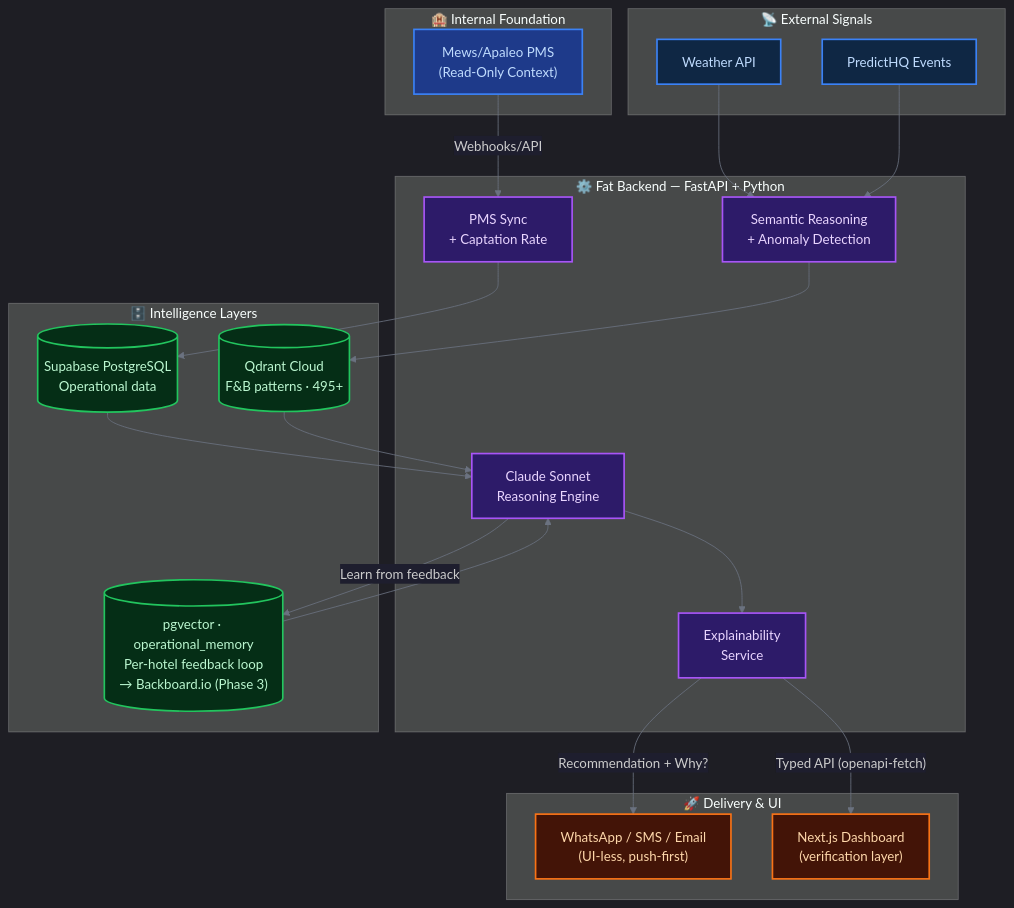
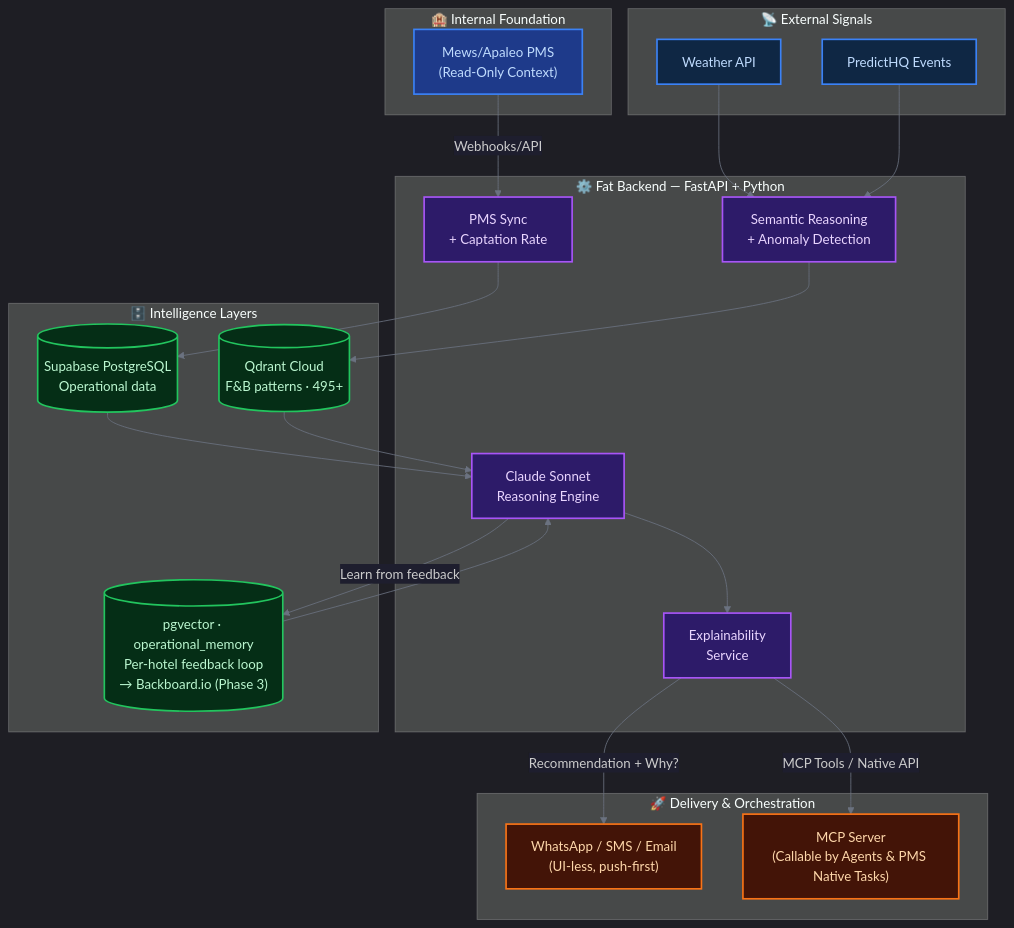
The diagram in README.md (IvandeMurard/aetherix-hospitality-ai), drawn with Mermaid before and after one commit.

````diff
--- a/README.md
+++ b/README.md
@@ -110,56 +110,56 @@
 ```mermaid
 %%{init: {'theme': 'dark', 'themeVariables': {'edgeLabelBackground': '#1e1e2e', 'lineColor': '#6b7280'}}}%%
 graph TD
     subgraph FOUNDATION["🏨 Internal Foundation"]
         PMS["Mews/Apaleo PMS\n(Read-Only Context)"]
     end
 
     subgraph EXT["📡 External Signals"]
         Weather["Weather API"]
         Events["PredictHQ Events"]
     end
 
     subgraph BACK["⚙️ Fat Backend — FastAPI + Python"]
         Sync["PMS Sync\n+ Captation Rate"]
         Semantic["Semantic Reasoning\n+ Anomaly Detection"]
         RAG["Claude Sonnet\nReasoning Engine"]
         Explain["Explainability\nService"]
     end
 
     subgraph DATA["🗄️ Intelligence Layers"]
         DB[("Supabase PostgreSQL\nOperational data")]
         Vector[("Qdrant Cloud\nF&B patterns · 495+")]
         Memory[("pgvector · operational_memory\nPer-hotel feedback loop\n→ Backboard.io (Phase 3)")]
     end
 
-    subgraph DELIVERY["🚀 Delivery & UI"]
+    subgraph DELIVERY["🚀 Delivery & Orchestration"]
         Push["WhatsApp / SMS / Email\n(UI-less, push-first)"]
-        Frontend["Next.js Dashboard\n(verification layer)"]
+        MCP["MCP Server\n(Callable by Agents & PMS Native Tasks)"]
     end
 
     PMS -- "Webhooks/API" --> Sync
     Weather --> Semantic
     Events --> Semantic
     Sync --> DB
     Semantic --> Vector
     DB --> RAG
     Vector --> RAG
     Memory --> RAG
     RAG --> Explain
     Explain -- "Recommendation + Why?" --> Push
-    Explain -- "Typed API (openapi-fetch)" --> Frontend
+    Explain -- "MCP Tools / Native API" --> MCP
     RAG -- "Learn from feedback" --> Memory
 
     classDef foundation fill:#1e3a8a,stroke:#3b82f6,stroke-width:2px,color:#bfdbfe
     classDef external  fill:#0f2744,stroke:#3b82f6,stroke-width:2px,color:#bfdbfe
     classDef backend   fill:#2d1b69,stroke:#a855f7,stroke-width:2px,color:#e9d5ff
     classDef db        fill:#052e16,stroke:#22c55e,stroke-width:2px,color:#bbf7d0
     classDef delivery  fill:#431407,stroke:#f97316,stroke-width:2px,color:#fed7aa
 
     class PMS foundation
     class Weather,Events external
     class Sync,Semantic,RAG,Explain backend
     class DB,Vector,Memory db
-    class Push,Frontend delivery
+    class Push,MCP delivery
 
 ```
````
